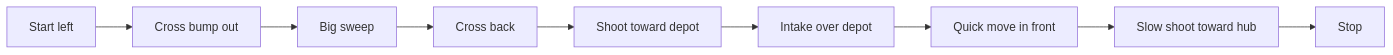
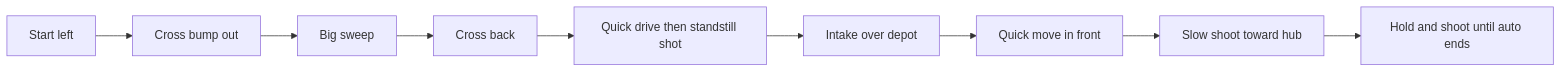
One commit to team581/offseason-2026 changed the second of 3 diagrams in docs/offseason_bot/autos.md. Above: the diagram before and after it, drawn with Mermaid. The commit also changed other lines of this file and 7 other files, not shown here.

Commit message:
Make autos shoot standstill

````diff
--- a/docs/offseason_bot/autos.md
+++ b/docs/offseason_bot/autos.md
@@ -52,5 +54,5 @@
 ```mermaid
 flowchart LR
     A[Start left] --> B[Cross bump out] --> C[Big sweep] --> D[Cross back]
-    D --> E[Shoot toward depot] --> F[Intake over depot] --> I[Quick move in front] --> G[Slow shoot toward hub] --> H[Stop]
+    D --> E[Quick drive then standstill shot] --> F[Intake over depot] --> I[Quick move in front] --> G[Slow shoot toward hub] --> H[Hold and shoot until auto ends]
 ```
````
